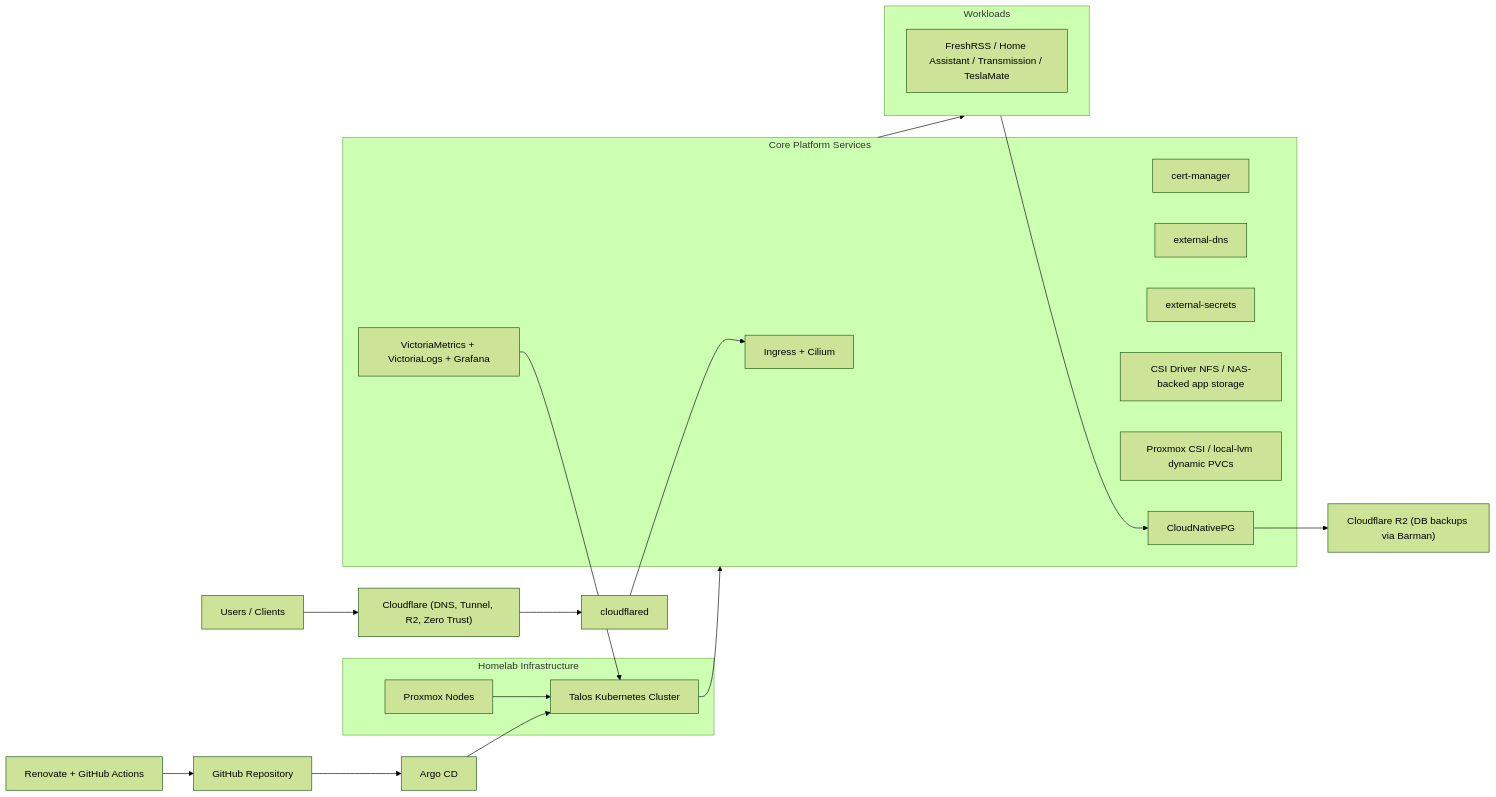
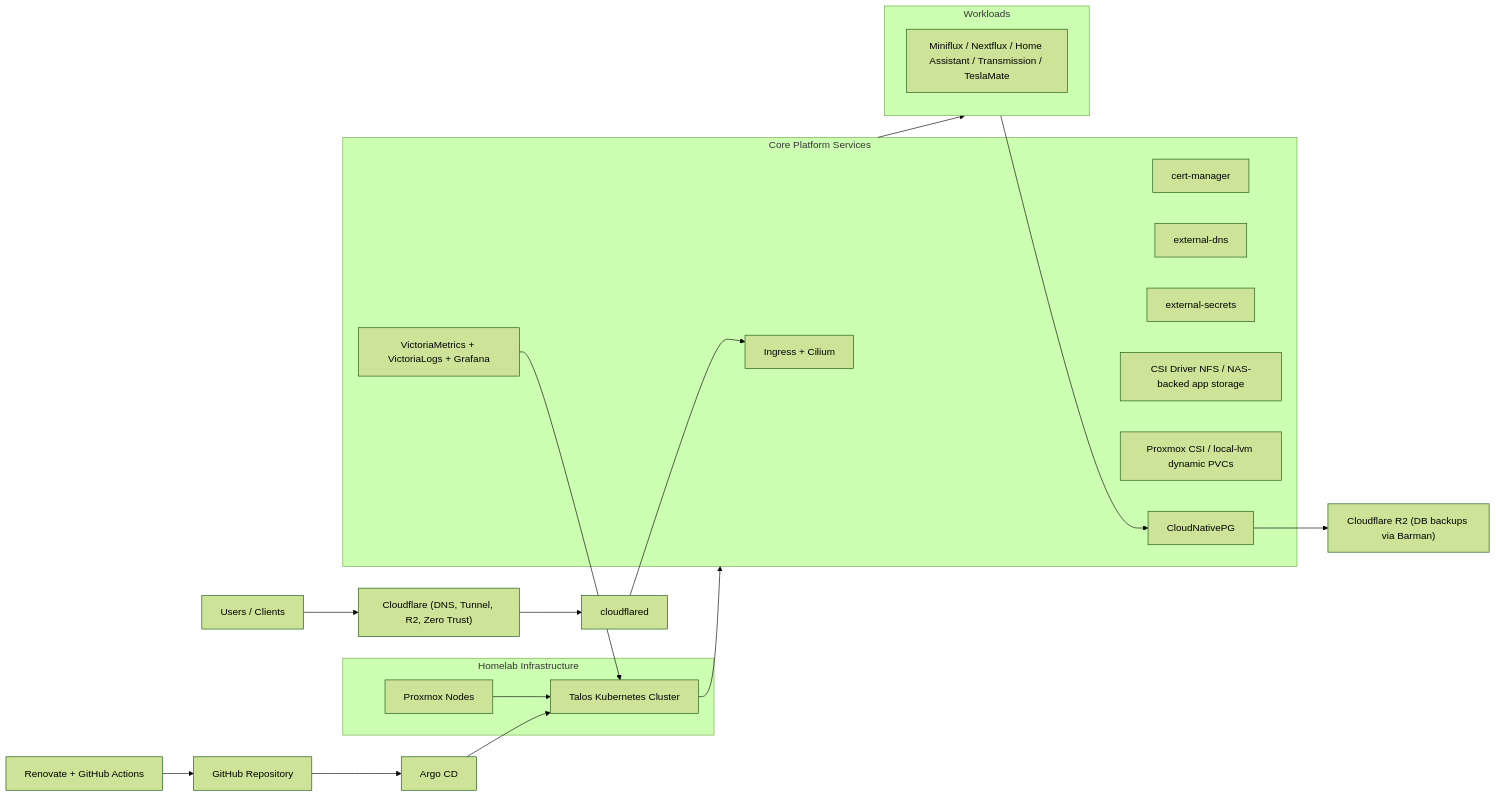
The diagram in README.md (nidr0x/k8s-gitops), drawn with Mermaid (forest theme) before and after one commit. The commit also changed other lines of this file and 11 other files, not shown here.

Commit message:
feat(miniflux): replace FreshRSS with Miniflux and Nextflux (#1926)

````diff
--- a/README.md
+++ b/README.md
@@ -77,36 +78,36 @@
 ```mermaid
 flowchart LR
     U["Users / Clients"] --> CF["Cloudflare (DNS, Tunnel, R2, Zero Trust)"]
     GH["GitHub Repository"] --> ARGO["Argo CD"]
     REN["Renovate + GitHub Actions"] --> GH
     CF --> CFLT["cloudflared"]
 
     subgraph INFRA["Homelab Infrastructure"]
       PVE["Proxmox Nodes"] --> TAL["Talos Kubernetes Cluster"]
     end
 
     ARGO --> TAL
     CFLT --> ING["Ingress + Cilium"]
 
     subgraph PLATFORM["Core Platform Services"]
       ING
       CERT["cert-manager"]
       EXTDNS["external-dns"]
       EXTS["external-secrets"]
       NFS["CSI Driver NFS / NAS-backed app storage"]
       PXC["Proxmox CSI / local-lvm dynamic PVCs"]
       PG["CloudNativePG"]
       MON["VictoriaMetrics + VictoriaLogs + Grafana"]
     end
 
     TAL --> PLATFORM
 
     subgraph APPS["Workloads"]
-      APP1["FreshRSS / Home Assistant / Transmission / TeslaMate"]
+      APP1["Miniflux / Nextflux / Home Assistant / Transmission / TeslaMate"]
     end
 
     PLATFORM --> APPS
     APPS --> PG
     MON --> TAL
     PG --> R2["Cloudflare R2 (DB backups via Barman)"]
 ```
````
